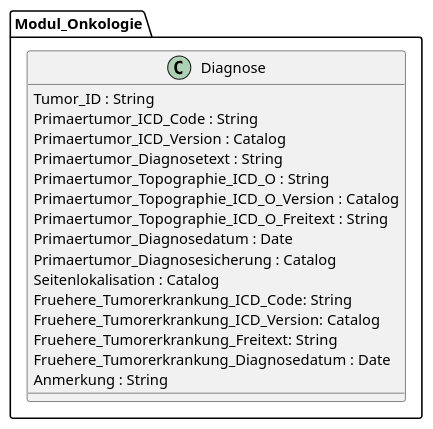
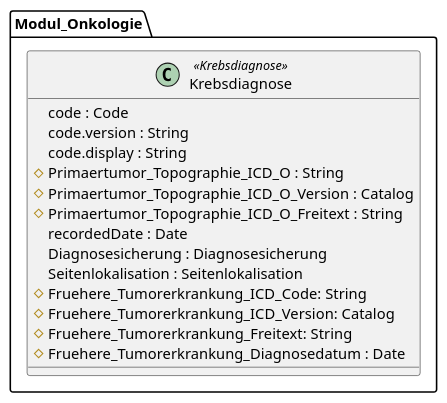
The diagram in input/images-source/uml_fhir_diagnosis.puml (medizininformatik-initiative/kerndatensatzmodul-onkologie), drawn with PlantUML before and after one commit. The commit also changed 10 other files, not shown here.

```diff
--- a/input/images-source/uml_fhir_diagnosis.puml
+++ b/input/images-source/uml_fhir_diagnosis.puml
@@ -1,26 +1,24 @@
 @startuml FhirModulOnkologieDiagnosis
 skinparam linetype ortho
 
 package Modul_Onkologie {
 
-  class Diagnose {
-    Tumor_ID : String
-    Primaertumor_ICD_Code : String
-    Primaertumor_ICD_Version : Catalog
-    Primaertumor_Diagnosetext : String
-    Primaertumor_Topographie_ICD_O : String
-    Primaertumor_Topographie_ICD_O_Version : Catalog
-    Primaertumor_Topographie_ICD_O_Freitext : String
-    Primaertumor_Diagnosedatum : Date
-    Primaertumor_Diagnosesicherung : Catalog
-    Seitenlokalisation : Catalog
-    Fruehere_Tumorerkrankung_ICD_Code: String
-    Fruehere_Tumorerkrankung_ICD_Version: Catalog
-    Fruehere_Tumorerkrankung_Freitext: String
-    Fruehere_Tumorerkrankung_Diagnosedatum : Date
-    Anmerkung : String
+  class Krebsdiagnose << Krebsdiagnose >> {
+    code : Code
+    code.version : String
+    code.display : String
+    # Primaertumor_Topographie_ICD_O : String
+    # Primaertumor_Topographie_ICD_O_Version : Catalog
+    # Primaertumor_Topographie_ICD_O_Freitext : String
+    recordedDate : Date
+    Diagnosesicherung : Diagnosesicherung
+    Seitenlokalisation : Seitenlokalisation
+    # Fruehere_Tumorerkrankung_ICD_Code: String
+    # Fruehere_Tumorerkrankung_ICD_Version: Catalog
+    # Fruehere_Tumorerkrankung_Freitext: String
+    # Fruehere_Tumorerkrankung_Diagnosedatum : Date
   }
 
 }
 
 @enduml
```
